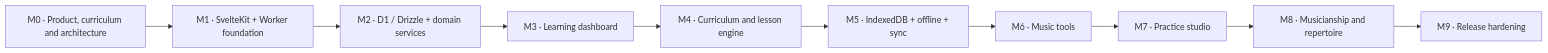
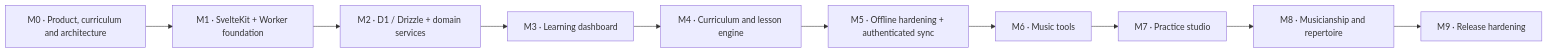
Before and after one commit to leenusdarnal/guitarlab: the fifth of 7 diagrams in docs/DIAGRAMS.md, drawn with Mermaid. The commit also changed other lines of this file, not shown here.

Commit message:
docs(m2.3): align architecture diagrams with local persistence milestone

````diff
--- a/docs/DIAGRAMS.md
+++ b/docs/DIAGRAMS.md
@@ -108,12 +108,12 @@
 ```mermaid
 flowchart LR
   M0["M0 · Product, curriculum and architecture"] --> M1["M1 · SvelteKit + Worker foundation"]
   M1 --> M2["M2 · D1 / Drizzle + domain services"]
   M2 --> M3["M3 · Learning dashboard"]
   M3 --> M4["M4 · Curriculum and lesson engine"]
-  M4 --> M5["M5 · IndexedDB + offline + sync"]
+  M4 --> M5["M5 · Offline hardening + authenticated sync"]
   M5 --> M6["M6 · Music tools"]
   M6 --> M7["M7 · Practice studio"]
   M7 --> M8["M8 · Musicianship and repertoire"]
   M8 --> M9["M9 · Release hardening"]
 ```
````
